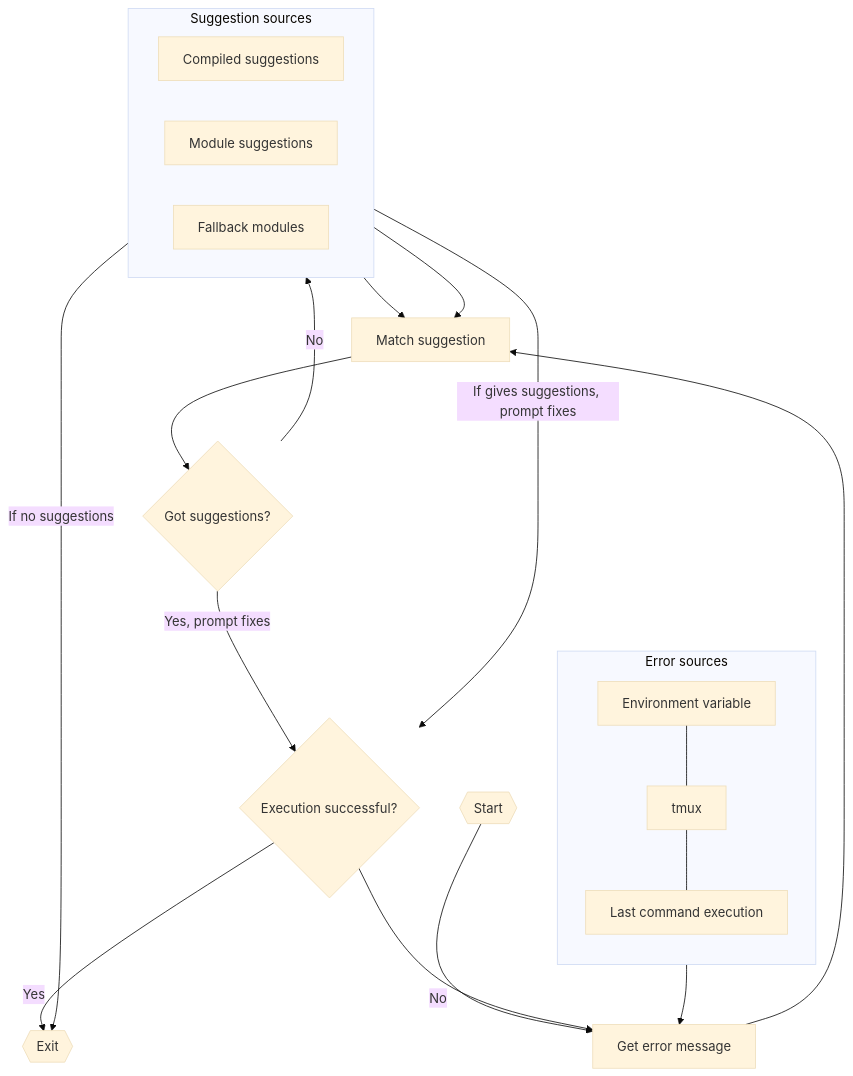
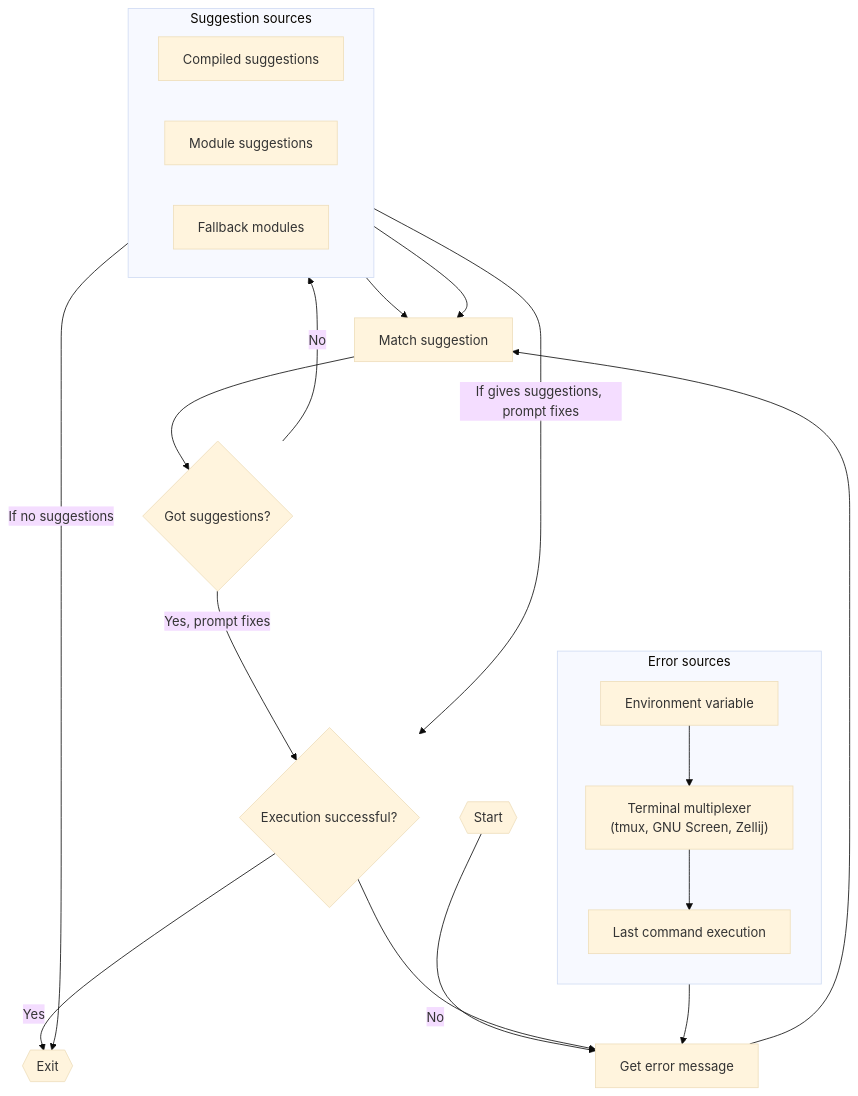
The diagram in flowchart.mmd (iffse/pay-respects), drawn with Mermaid (base theme) before and after one commit. The commit also changed 9 other files, not shown here.

Commit message:
feat: zellij and GNU screen integrations

```diff
--- a/flowchart.mmd
+++ b/flowchart.mmd
@@ -1,52 +1,61 @@
 flowchart TD
 
 init{{"Start"}}
 err["Get error message"]
 suggest["Match suggestion"]
 found{"Got suggestions?"}
 success{"Execution successful?"}
 exit{{"Exit"}}
 
 init --> err --> suggest --> found -->|Yes, prompt fixes| success -->|Yes| exit
 
 %% subgraph "Main Flow"
 %% init
 %% err
 %% suggest
 %% found
 %% success
 %% exit
 %% end
 
 subgraph errsource["Error sources"]
 direction TB
 from_env["Environment variable"]
-from_tmux["`tmux`"]
+from_multiplexer["`Terminal multiplexer
+(tmux, GNU Screen, Zellij)`"]
+%% subgraph multiplexer["Terminal multiplexers"]
+%% direction LR
+%% from_tmux["tmux"]
+%% from_screen["GNU Screen"]
+%% from_zellij["Zellij"]
+%% end
 from_execution["Last command execution"]
 end
 
-from_env --- from_tmux --- from_execution
+from_env --> from_multiplexer --> from_execution
+
+%% from_tmux --- from_screen --- from_zellij
 
 errsource --> err
 %% from_env["Enviroment variable"] --> err
 %% from_tmux["`tmux`"] --> err
 %% from_execution["Last command execution"] --> err
 
 subgraph suggestsource["Suggestion sources"]
 direction LR
 builtin
 module
 fallback
 end
 
 %% suggestsource --> suggest
 builtin["Compiled suggestions"] --> suggest
 module["Module suggestions"] --> suggest
 
 %% fallback modules loop
 found -->|No| fallback["Fallback modules"]
 fallback --> |If no suggestions| exit
 fallback --> |If gives suggestions, prompt fixes| success
 
 %% found -->|Yes| success
 success -->|No| err
```
